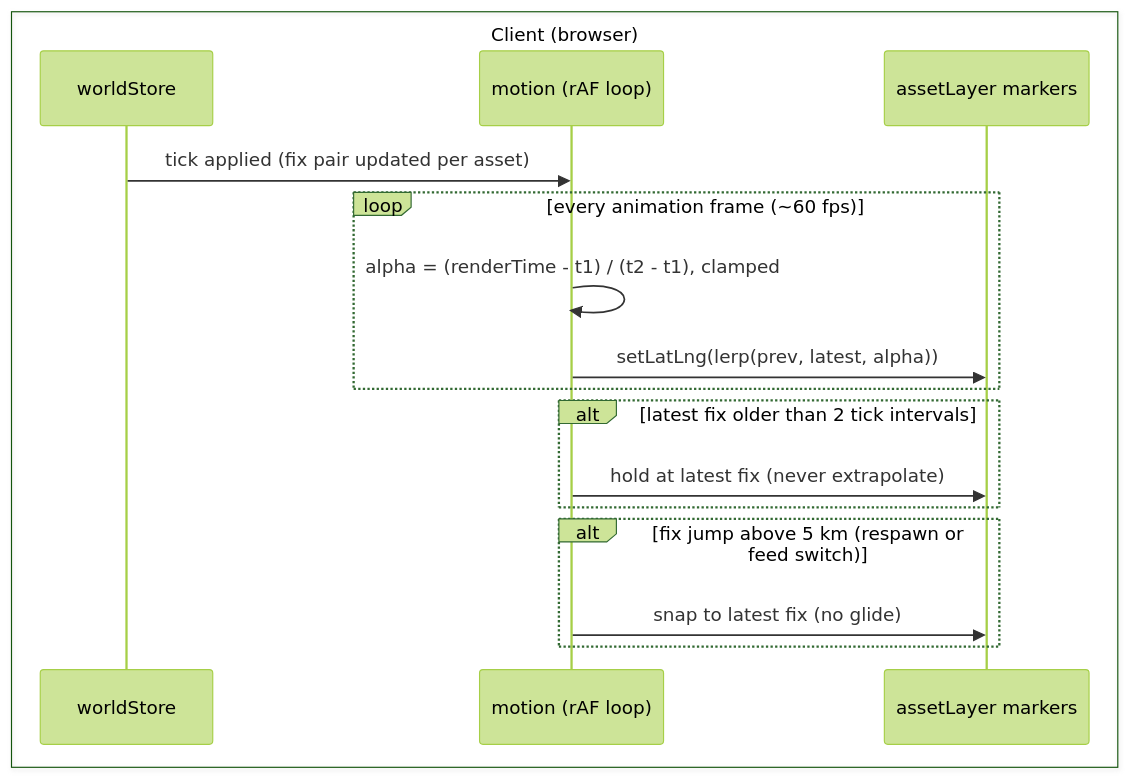
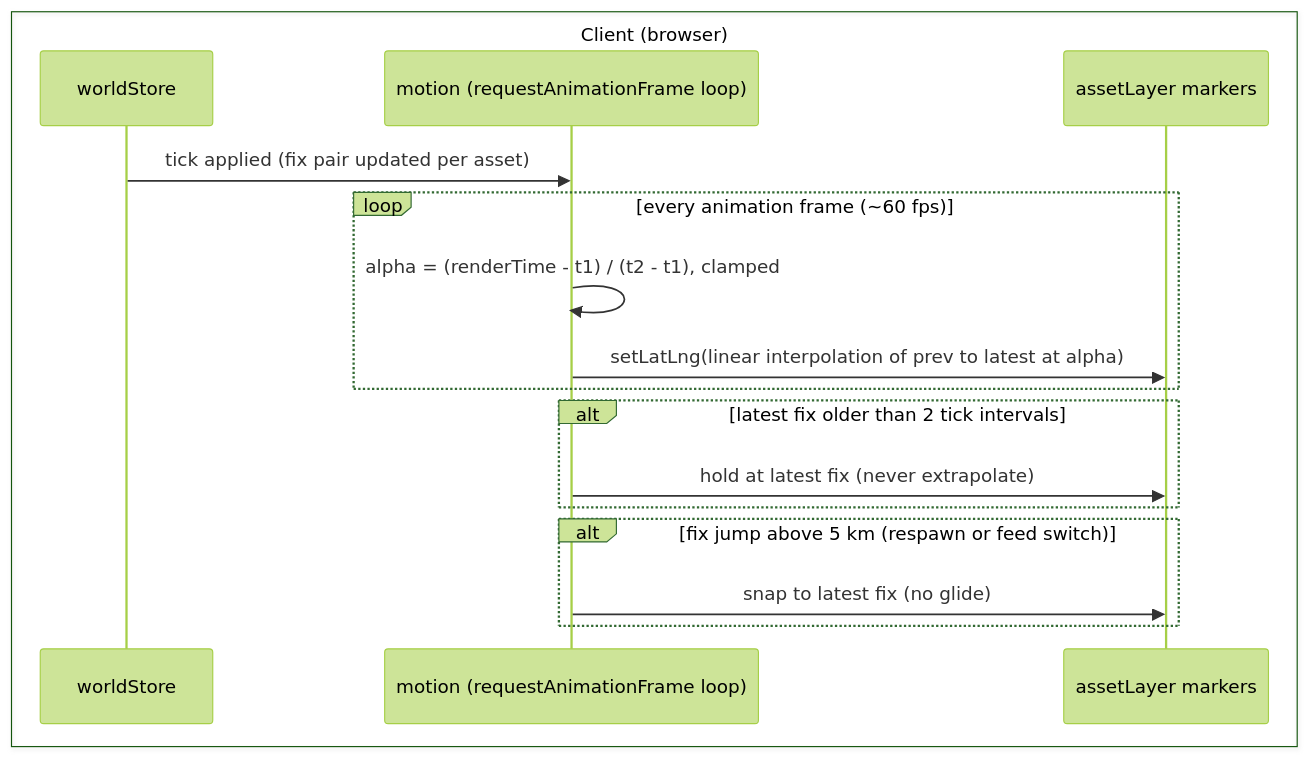
One commit to ayfor/sentinel changed the diagram in docs/stories/S3-motion.md. Above: the diagram before and after it, drawn with Mermaid (forest theme). The commit also changed other lines of this file, not shown here.

Commit message:
S3: spell out lerp and requestAnimationFrame per design-gate review

````diff
--- a/docs/stories/S3-motion.md
+++ b/docs/stories/S3-motion.md
@@ -36,19 +42,19 @@
 ```mermaid
 sequenceDiagram
     box Client (browser)
         participant STORE as worldStore
-        participant MOTION as motion (rAF loop)
+        participant MOTION as motion (requestAnimationFrame loop)
         participant LAYER as assetLayer markers
     end
     STORE->>MOTION: tick applied (fix pair updated per asset)
     loop every animation frame (~60 fps)
         MOTION->>MOTION: alpha = (renderTime - t1) / (t2 - t1), clamped
-        MOTION->>LAYER: setLatLng(lerp(prev, latest, alpha))
+        MOTION->>LAYER: setLatLng(linear interpolation of prev to latest at alpha)
     end
     alt latest fix older than 2 tick intervals
         MOTION->>LAYER: hold at latest fix (never extrapolate)
     end
     alt fix jump above 5 km (respawn or feed switch)
         MOTION->>LAYER: snap to latest fix (no glide)
     end
 ```
````
